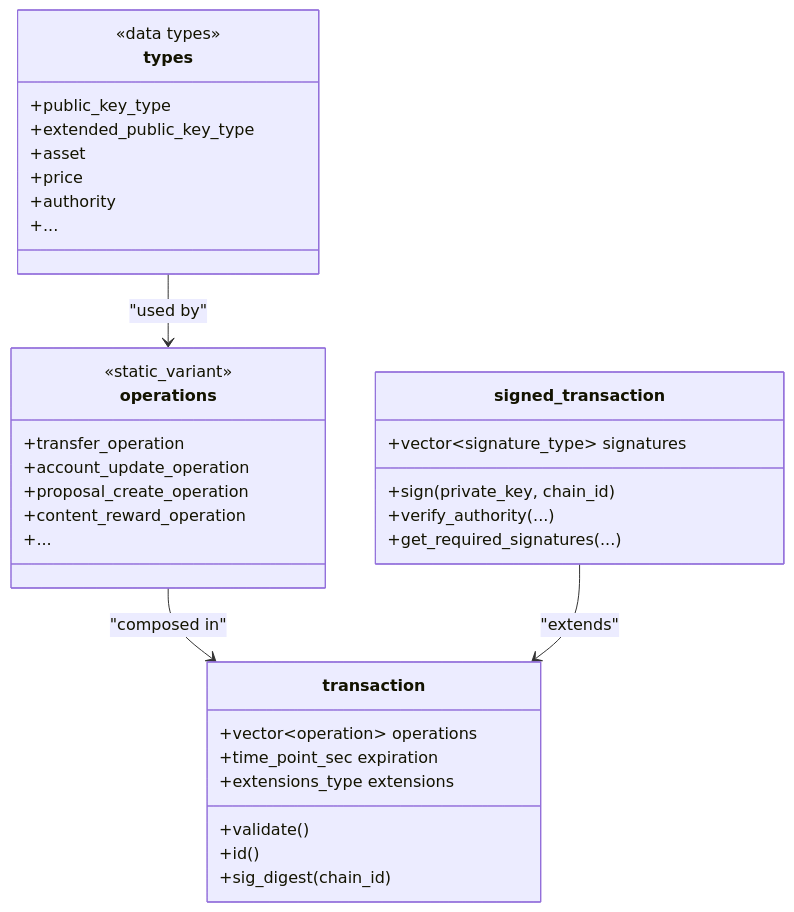
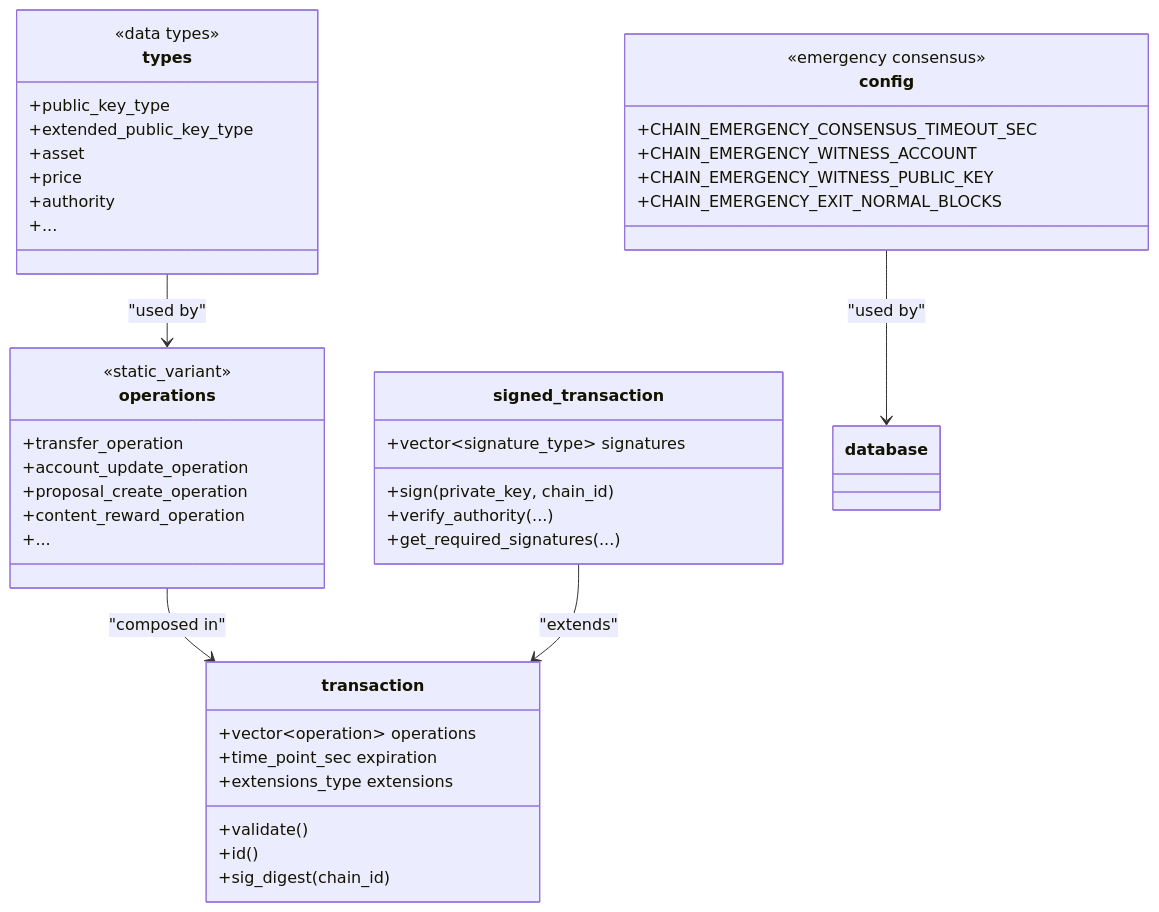
The fourth of 15 diagrams in .qoder/repowiki/en/content/Core Libraries.md (VIZ-Blockchain/viz-cpp-node), drawn with Mermaid before and after one commit. The commit also changed other lines of this file and 4 other files, not shown here.

First line of the commit message:
feat(hardfork): add HF12 emergency consensus recovery mechanisms

````diff
--- a/.qoder/repowiki/en/content/Core Libraries.md
+++ b/.qoder/repowiki/en/content/Core Libraries.md
@@ -266,37 +341,45 @@
 ```mermaid
 classDiagram
 class operations {
 <<static_variant>>
 +transfer_operation
 +account_update_operation
 +proposal_create_operation
 +content_reward_operation
 +...
 }
 class transaction {
 +vector~operation~ operations
 +time_point_sec expiration
 +extensions_type extensions
 +validate()
 +id()
 +sig_digest(chain_id)
 }
 class signed_transaction {
 +vector~signature_type~ signatures
 +sign(private_key, chain_id)
 +verify_authority(...)
 +get_required_signatures(...)
 }
 class types {
 <<data types>>
 +public_key_type
 +extended_public_key_type
 +asset
 +price
 +authority
 +...
 }
+class config {
+<<emergency consensus>>
++CHAIN_EMERGENCY_CONSENSUS_TIMEOUT_SEC
++CHAIN_EMERGENCY_WITNESS_ACCOUNT
++CHAIN_EMERGENCY_WITNESS_PUBLIC_KEY
++CHAIN_EMERGENCY_EXIT_NORMAL_BLOCKS
+}
 operations --> transaction : "composed in"
 signed_transaction --> transaction : "extends"
 types --> operations : "used by"
+config --> database : "used by"
 ```
````
